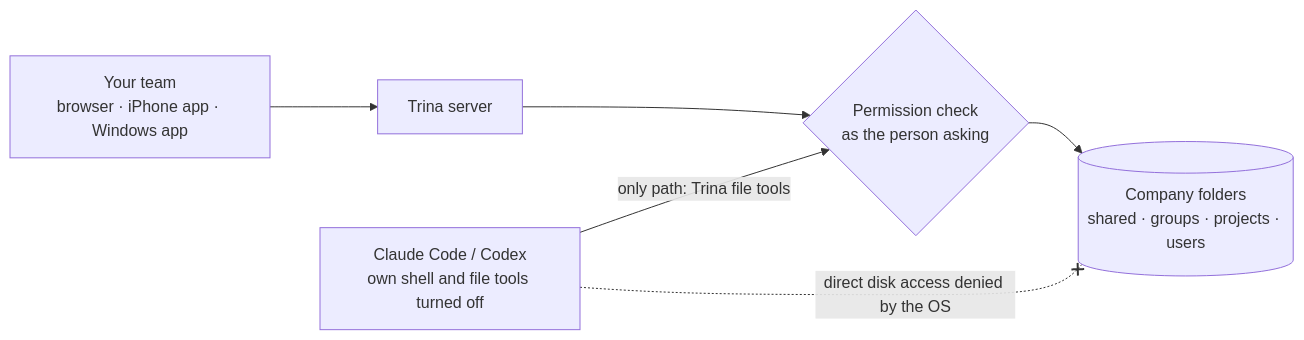
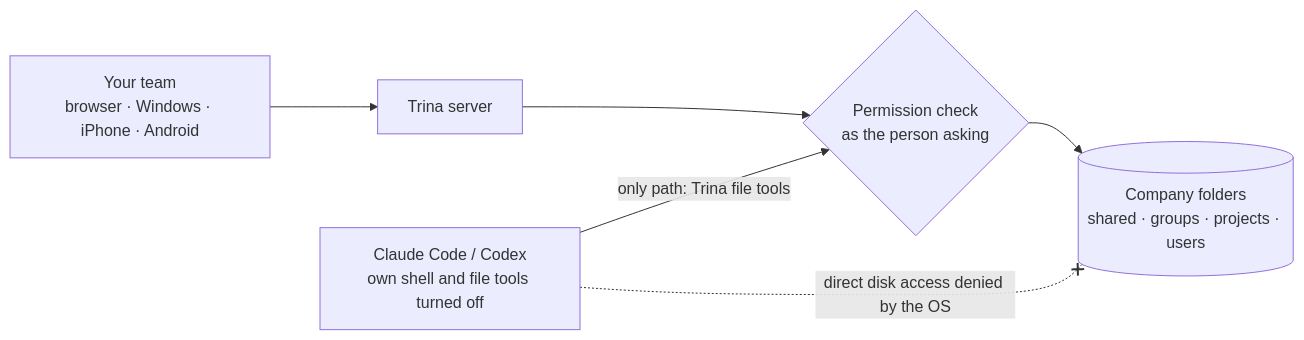
The diagram in README.md (trina-app/trina-ax), drawn with Mermaid before and after one commit. The commit also changed other lines of this file and 4 other files, not shown here.

````diff
--- a/README.md
+++ b/README.md
@@ -95,8 +77,8 @@
 ```mermaid
 flowchart LR
-  P["Your team<br/>browser · iPhone app · Windows app"] --> S["Trina server"]
+  P["Your team<br/>browser · Windows · iPhone · Android"] --> S["Trina server"]
   E["Claude Code / Codex<br/>own shell and file tools turned off"] -->|"only path: Trina file tools"| C{"Permission check<br/>as the person asking"}
   S --> C
   C --> D[("Company folders<br/>shared · groups · projects · users")]
   E -. "direct disk access denied by the OS" .-x D
 ```
````
